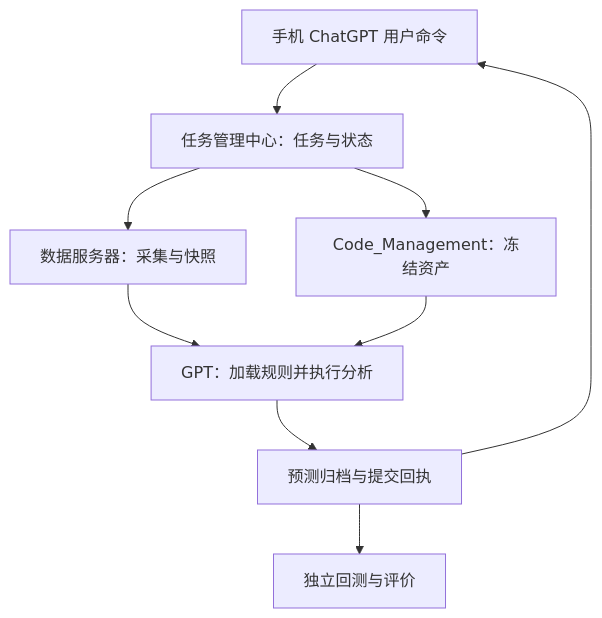
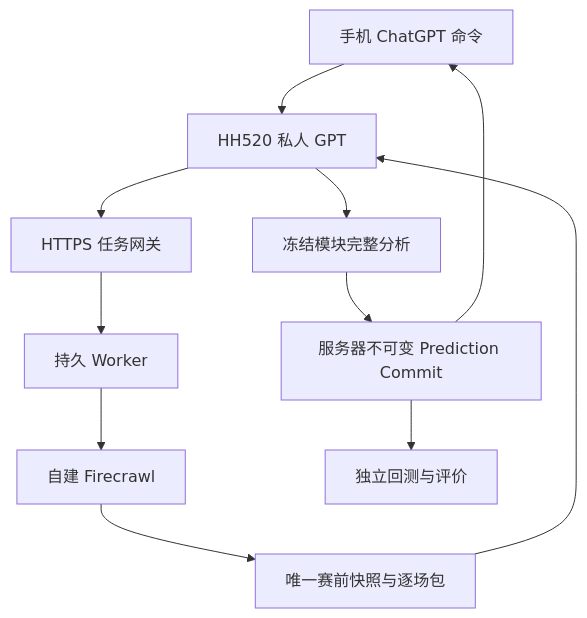
The diagram in README.md (ltaln/Code_Management), drawn with Mermaid before and after one commit. The commit also changed other lines of this file and 13 other files, not shown here.

Commit message:
Enable verified ChatGPT Actions runtime

````diff
--- a/README.md
+++ b/README.md
@@ -25,11 +32,13 @@
 ```mermaid
 flowchart TD
-    U[手机 ChatGPT 用户命令] --> T[任务管理中心：任务与状态]
-    T --> D[数据服务器：采集与快照]
-    T --> A[Code_Management：冻结资产]
-    D --> G[GPT：加载规则并执行分析]
-    A --> G
-    G --> P[预测归档与提交回执]
-    P --> U
-    P --> B[独立回测与评价]
+    U[手机 ChatGPT 命令] --> G[HH520 私人 GPT]
+    G --> T[HTTPS 任务网关]
+    T --> W[持久 Worker]
+    W --> F[自建 Firecrawl]
+    F --> S[唯一赛前快照与逐场包]
+    S --> G
+    G --> P[冻结模块完整分析]
+    P --> C[服务器不可变 Prediction Commit]
+    C --> U
+    C --> B[独立回测与评价]
 ```
````
